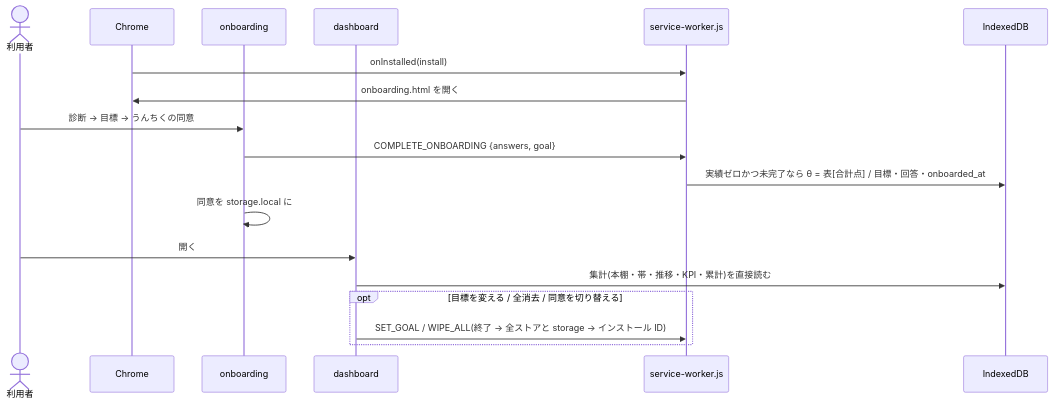
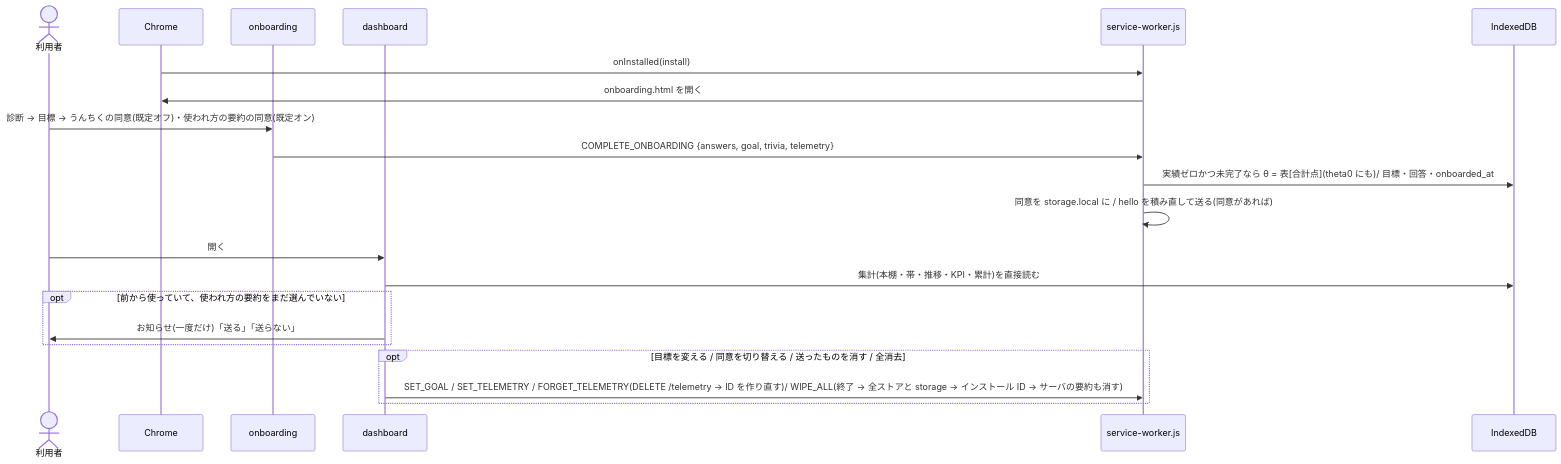
Before and after one commit to yukik8/yomirin: the seventh of 7 diagrams in docs/design.md, drawn with Mermaid. The commit also changed other lines of this file and 37 other files, not shown here.

````diff
--- a/docs/design.md
+++ b/docs/design.md
@@ -721,22 +762,25 @@
 ```mermaid
 sequenceDiagram
   actor U as 利用者
   participant C as Chrome
   participant OB as onboarding
   participant D as dashboard
   participant SW as service-worker.js
   participant DB as IndexedDB
 
   C->>SW: onInstalled(install)
   SW->>C: onboarding.html を開く
-  U->>OB: 診断 → 目標 → うんちくの同意
-  OB->>SW: COMPLETE_ONBOARDING {answers, goal}
-  SW->>DB: 実績ゼロかつ未完了なら θ = 表[合計点] / 目標・回答・onboarded_at
-  OB->>OB: 同意を storage.local に
+  U->>OB: 診断 → 目標 → うんちくの同意(既定オフ)・使われ方の要約の同意(既定オン)
+  OB->>SW: COMPLETE_ONBOARDING {answers, goal, trivia, telemetry}
+  SW->>DB: 実績ゼロかつ未完了なら θ = 表[合計点](theta0 にも)/ 目標・回答・onboarded_at
+  SW->>SW: 同意を storage.local に / hello を積み直して送る(同意があれば)
 
   U->>D: 開く
   D->>DB: 集計(本棚・帯・推移・KPI・累計)を直接読む
-  opt 目標を変える / 全消去 / 同意を切り替える
-    D->>SW: SET_GOAL / WIPE_ALL(終了 → 全ストアと storage → インストール ID)
+  opt 前から使っていて、使われ方の要約をまだ選んでいない
+    D->>U: お知らせ(一度だけ)「送る」「送らない」
+  end
+  opt 目標を変える / 同意を切り替える / 送ったものを消す / 全消去
+    D->>SW: SET_GOAL / SET_TELEMETRY / FORGET_TELEMETRY(DELETE /telemetry → ID を作り直す)/ WIPE_ALL(終了 → 全ストアと storage → インストール ID → サーバの要約も消す)
   end
 ```
````
